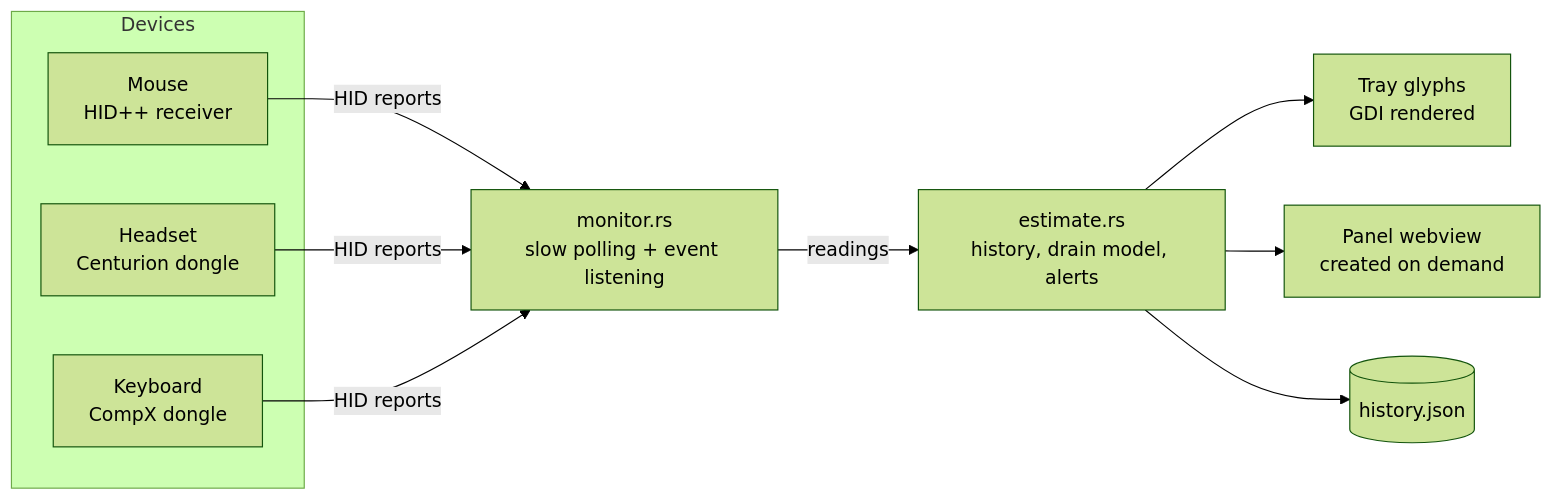
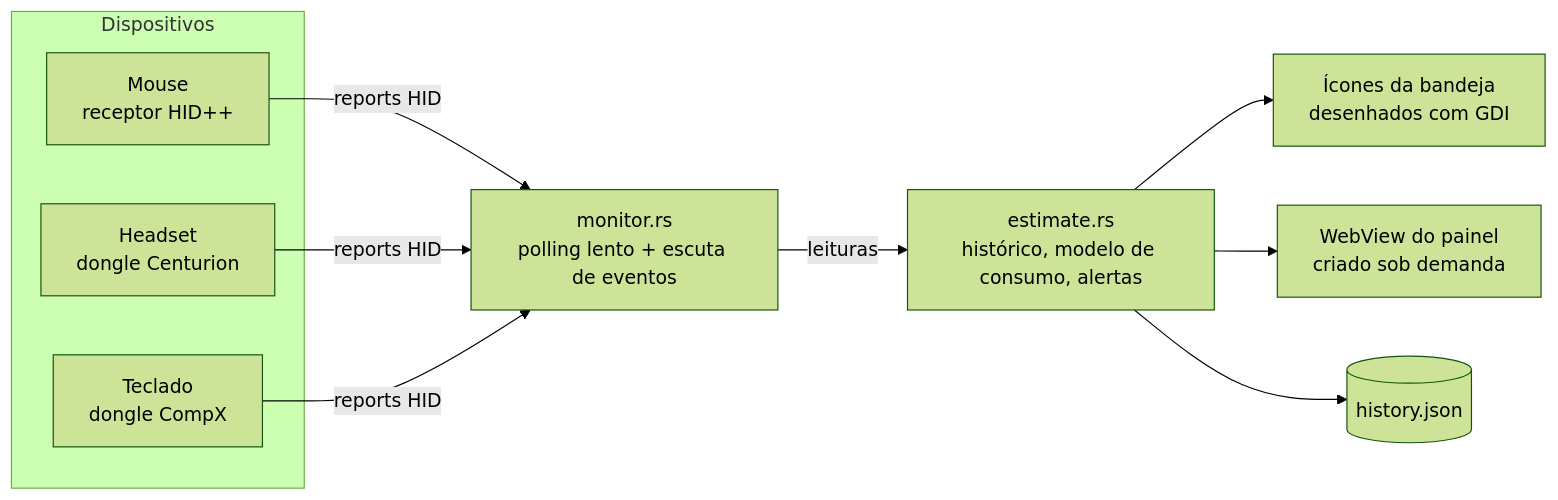
Before and after one commit to alanaraujo-bit/pulso: the diagram in README.md, drawn with Mermaid (forest theme). The commit also changed other lines of this file and 10 other files, not shown here.

````diff
--- a/README.md
+++ b/README.md
@@ -88,13 +88,13 @@
 ```mermaid
 flowchart LR
-    subgraph Devices
-        M[Mouse<br/>HID++ receiver]
-        H[Headset<br/>Centurion dongle]
-        K[Keyboard<br/>CompX dongle]
+    subgraph Dispositivos
+        M[Mouse<br/>receptor HID++]
+        H[Headset<br/>dongle Centurion]
+        K[Teclado<br/>dongle CompX]
     end
-    M & H & K -->|HID reports| MON[monitor.rs<br/>slow polling + event listening]
-    MON -->|readings| EST[estimate.rs<br/>history, drain model, alerts]
-    EST --> TRAY[Tray glyphs<br/>GDI rendered]
-    EST --> UI[Panel webview<br/>created on demand]
+    M & H & K -->|reports HID| MON[monitor.rs<br/>polling lento + escuta de eventos]
+    MON -->|leituras| EST[estimate.rs<br/>histórico, modelo de consumo, alertas]
+    EST --> TRAY[Ícones da bandeja<br/>desenhados com GDI]
+    EST --> UI[WebView do painel<br/>criado sob demanda]
     EST --> DISK[(history.json)]
 ```
````
